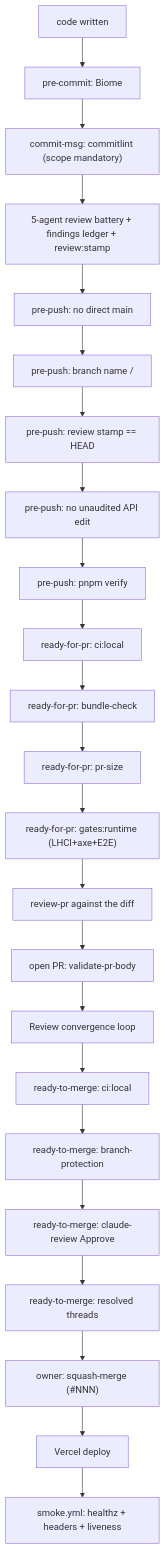
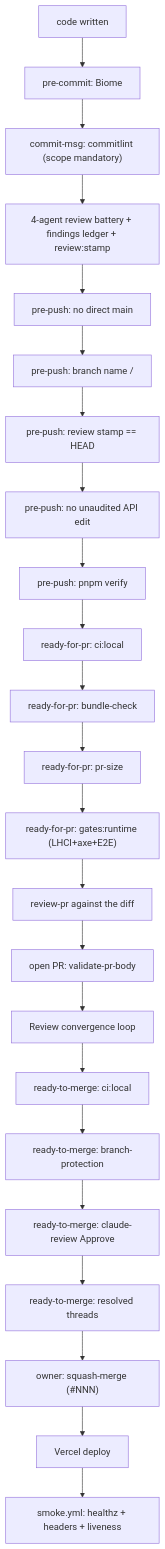
Before and after one commit to erikunha/portfolio: the first of 3 diagrams in docs/handbook/review-merge-release.md, drawn with Mermaid. The commit also changed other lines of this file and 79 other files, not shown here.

````diff
--- a/docs/handbook/review-merge-release.md
+++ b/docs/handbook/review-merge-release.md
@@ -7,25 +7,25 @@
 ```mermaid
 flowchart TD
     write["code written"] --> c1["pre-commit: Biome"]
     c1 --> c2["commit-msg: commitlint (scope mandatory)"]
-    c2 --> battery["5-agent review battery + findings ledger + review:stamp"]
+    c2 --> battery["4-agent review battery + findings ledger + review:stamp"]
     battery --> p1["pre-push: no direct main"]
     p1 --> p2["pre-push: branch name <type>/<desc>"]
     p2 --> p3["pre-push: review stamp == HEAD"]
     p3 --> p4["pre-push: no unaudited API edit"]
     p4 --> p5["pre-push: pnpm verify"]
     p5 --> r1["ready-for-pr: ci:local"]
     r1 --> r2["ready-for-pr: bundle-check"]
     r2 --> r3["ready-for-pr: pr-size"]
     r3 --> r4["ready-for-pr: gates:runtime (LHCI+axe+E2E)"]
     r4 --> r5["review-pr against the diff"]
     r5 --> o1["open PR: validate-pr-body"]
     o1 --> o2["Review convergence loop"]
     o2 --> m1["ready-to-merge: ci:local"]
     m1 --> m2["ready-to-merge: branch-protection"]
     m2 --> m3["ready-to-merge: claude-review Approve"]
     m3 --> m4["ready-to-merge: resolved threads"]
     m4 --> merge["owner: squash-merge (#NNN)"]
     merge --> deploy["Vercel deploy"]
     deploy --> smoke["smoke.yml: healthz + headers + liveness"]
 ```
````
